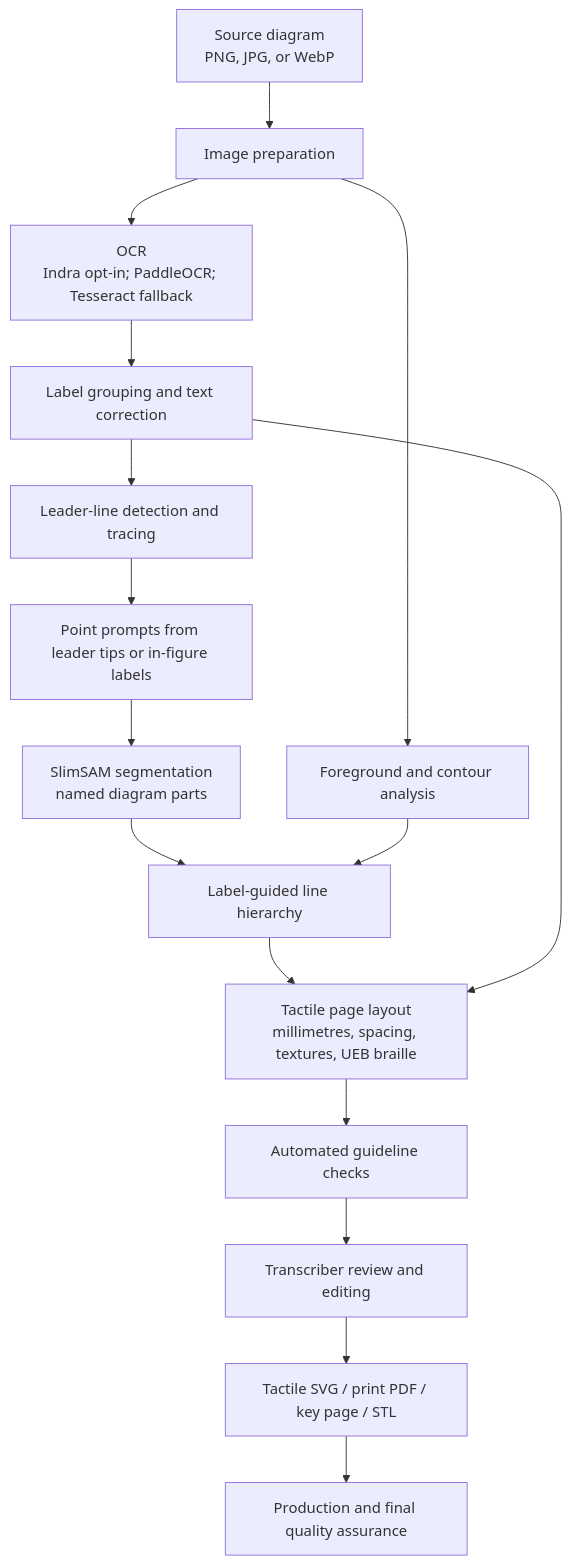
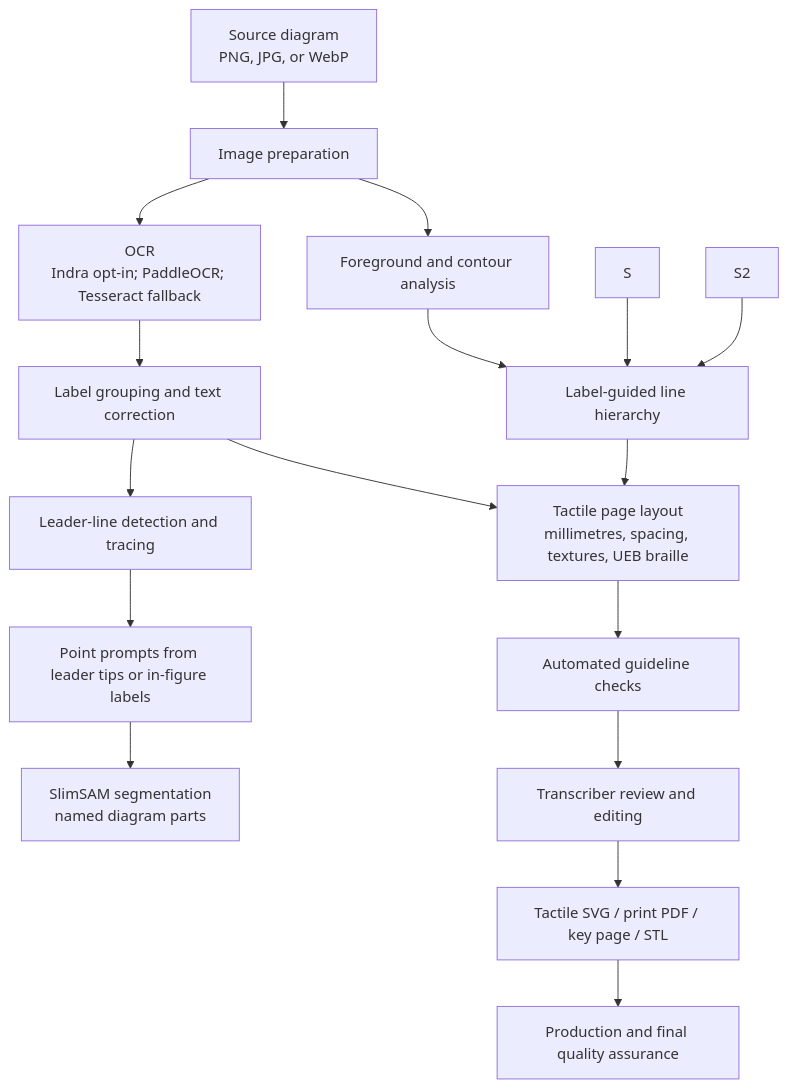
Before and after one commit to mrhunsaker/TactiDiagram: the diagram in README.md, drawn with Mermaid. The commit also changed other lines of this file, not shown here.

````diff
--- a/README.md
+++ b/README.md
@@ -31,18 +31,19 @@
 ```mermaid
 flowchart TD
     A["Source diagram<br/>PNG, JPG, or WebP"] --> B["Image preparation"]
     B --> C["OCR<br/>Indra opt-in; PaddleOCR; Tesseract fallback"]
     C --> D["Label grouping and text correction"]
     D --> E["Leader-line detection and tracing"]
     E --> F["Point prompts from leader tips or in-figure labels"]
     F --> G["SlimSAM segmentation<br/>named diagram parts"]
     B --> H["Foreground and contour analysis"]
-    G --> I["Label-guided line hierarchy"]
+    S --> I["Label-guided line hierarchy"]
+    S2 --> I
     H --> I
     I --> J["Tactile page layout<br/>millimetres, spacing, textures, UEB braille"]
     D --> J
     J --> K["Automated guideline checks"]
     K --> L["Transcriber review and editing"]
     L --> M["Tactile SVG / print PDF / key page / STL"]
     M --> N["Production and final quality assurance"]
 ```
````
